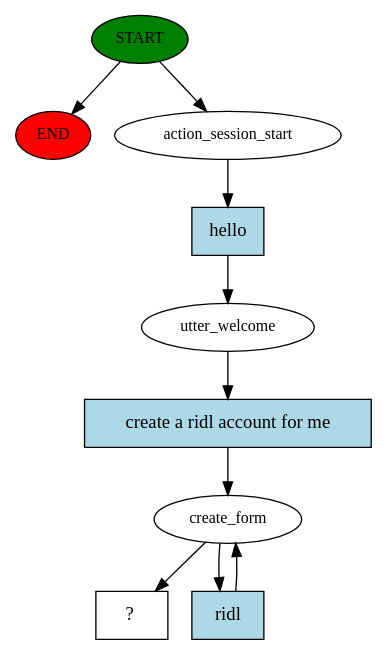
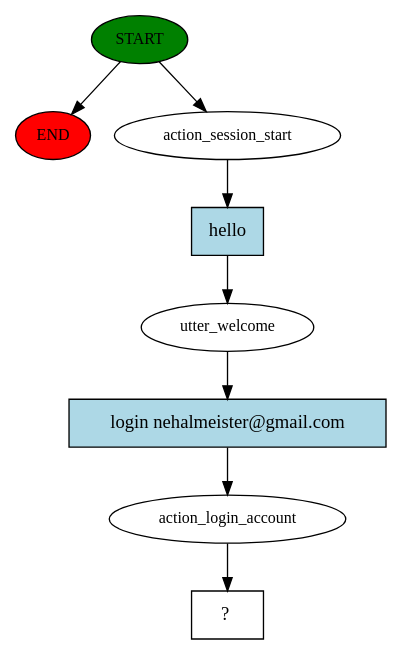
One commit to nehald/ridl_nlp_2021 changed the diagram in ridl_nlp/story_graph.dot. Above: the diagram before and after it, drawn with Graphviz. The commit also changed 1268 other files, not shown here.

```diff
--- a/ridl_nlp/story_graph.dot
+++ b/ridl_nlp/story_graph.dot
@@ -1,20 +1,17 @@
 digraph  {
 0 [class="start active", fillcolor=green, fontsize=12, label=START, style=filled];
 "-1" [class=end, fillcolor=red, fontsize=12, label=END, style=filled];
 1 [class=active, fontsize=12, label=action_session_start];
 2 [class=active, fontsize=12, label=utter_welcome];
-3 [class=active, fontsize=12, label=create_form];
-5 [class="intent dashed active", label="  ?  ", shape=rect];
-6 [class="intent active", fillcolor=lightblue, label=hello, shape=rect, style=filled];
-7 [class="intent active", fillcolor=lightblue, label="create a ridl account for me", shape=rect, style=filled];
-8 [class="intent active", fillcolor=lightblue, label=ridl, shape=rect, style=filled];
+3 [class=active, fontsize=12, label=action_login_account];
+4 [class="intent dashed active", label="  ?  ", shape=rect];
+5 [class="intent active", fillcolor=lightblue, label=hello, shape=rect, style=filled];
+6 [class="intent active", fillcolor=lightblue, label="login nehalmeister@gmail.com", shape=rect, style=filled];
 0 -> "-1"  [class="", key=NONE, label=""];
 0 -> 1  [class=active, key=NONE, label=""];
-1 -> 6  [class=active, key=0];
-2 -> 7  [class=active, key=0];
-3 -> 5  [class=active, key=NONE, label=""];
-3 -> 8  [class=active, key=0];
-6 -> 2  [class=active, key=0];
-7 -> 3  [class=active, key=0];
-8 -> 3  [class=active, key=0];
+1 -> 5  [class=active, key=0];
+2 -> 6  [class=active, key=0];
+3 -> 4  [class=active, key=NONE, label=""];
+5 -> 2  [class=active, key=0];
+6 -> 3  [class=active, key=0];
 }
```
